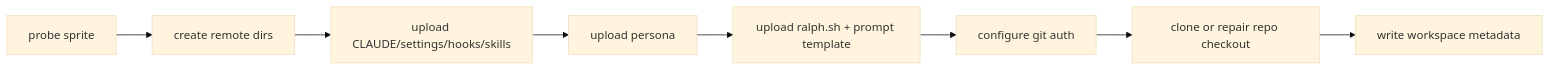
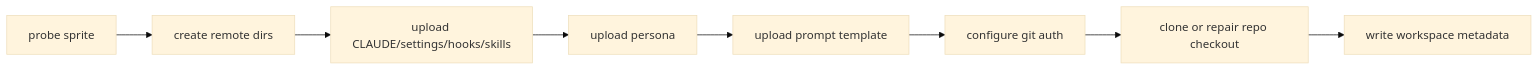
Before and after one commit to misty-step/bitterblossom: the third of 5 diagrams in docs/architecture/bb-cli.md, drawn with Mermaid (base theme). The commit also changed other lines of this file and 38 other files, not shown here.

````diff
--- a/docs/architecture/bb-cli.md
+++ b/docs/architecture/bb-cli.md
@@ -41,10 +40,10 @@
 ```mermaid
 flowchart LR
     Probe["probe sprite"] --> Dirs["create remote dirs"]
     Dirs --> Base["upload CLAUDE/settings/hooks/skills"]
     Base --> Persona["upload persona"]
-    Persona --> Ralph["upload ralph.sh + prompt template"]
-    Ralph --> Git["configure git auth"]
+    Persona --> Prompt["upload prompt template"]
+    Prompt --> Git["configure git auth"]
     Git --> Repo["clone or repair repo checkout"]
     Repo --> Meta["write workspace metadata"]
 ```
````
